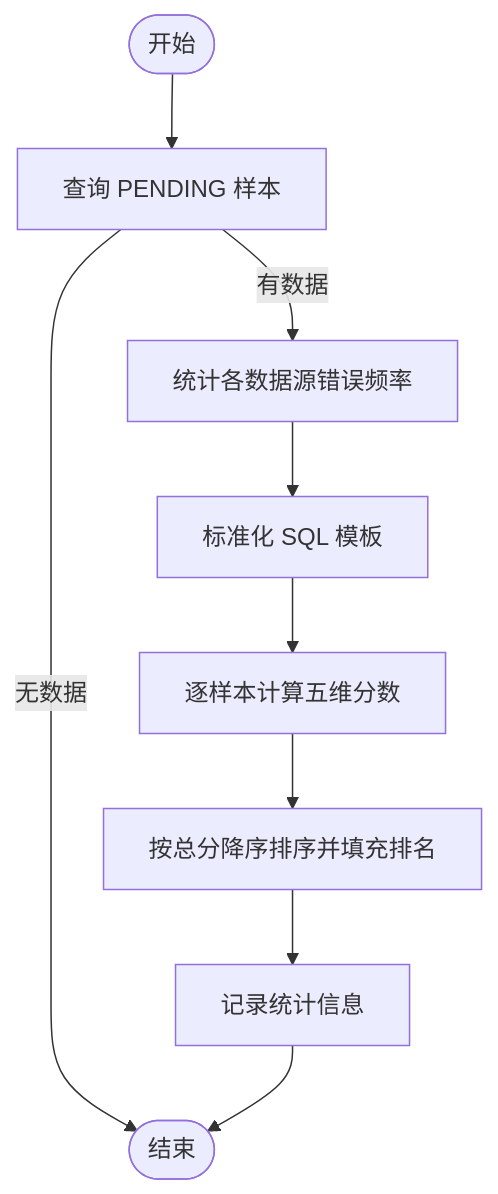
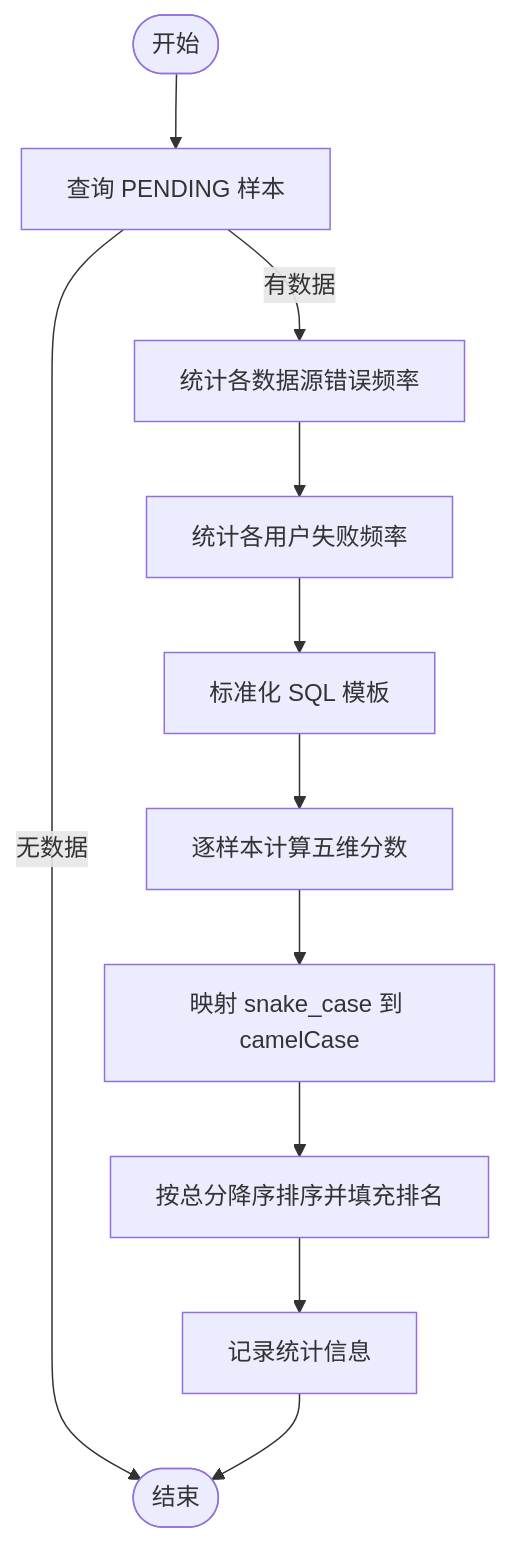
Before and after one commit to dgjin/smart-data-analytics: the third of 5 diagrams in .qoder/repowiki/zh/content/AI与LLM集成/主动学习优先级系统.md, drawn with Mermaid. The commit also changed other lines of this file and 100 other files, not shown here.

````diff
--- a/.qoder/repowiki/zh/content/AI与LLM集成/主动学习优先级系统.md
+++ b/.qoder/repowiki/zh/content/AI与LLM集成/主动学习优先级系统.md
@@ -150,11 +164,13 @@
 ```mermaid
 flowchart TD
 Start(["开始"]) --> Q["查询 PENDING 样本"]
 Q --> |有数据| CalcFreq["统计各数据源错误频率"]
 Q --> |无数据| End(["结束"])
-CalcFreq --> Normalize["标准化 SQL 模板"]
+CalcFreq --> UserFreq["统计各用户失败频率"]
+UserFreq --> Normalize["标准化 SQL 模板"]
 Normalize --> Score["逐样本计算五维分数"]
-Score --> Sort["按总分降序排序并填充排名"]
+Score --> MapFields["映射 snake_case 到 camelCase"]
+MapFields --> Sort["按总分降序排序并填充排名"]
 Sort --> Log["记录统计信息"]
 Log --> End
 ```
````
